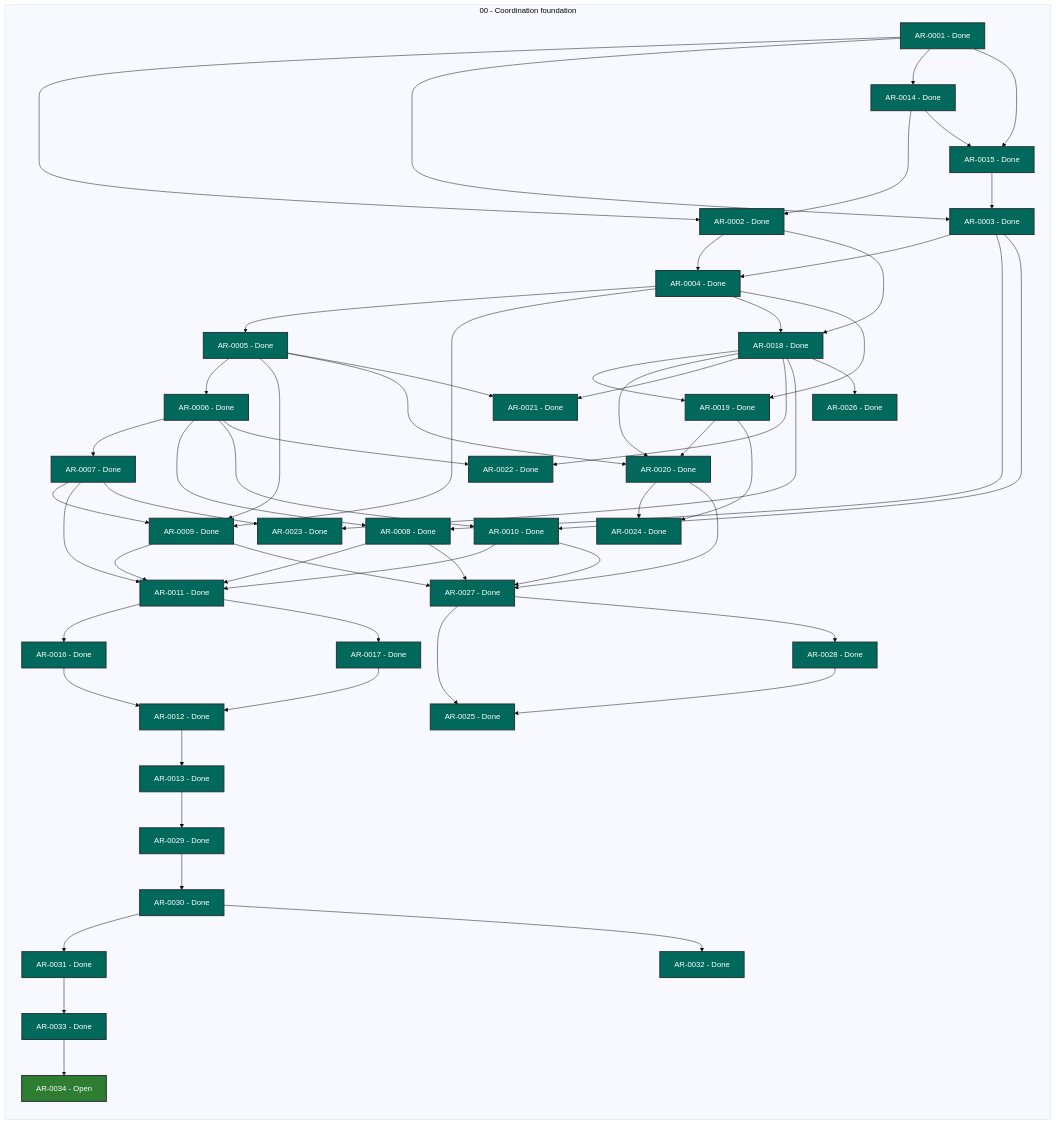
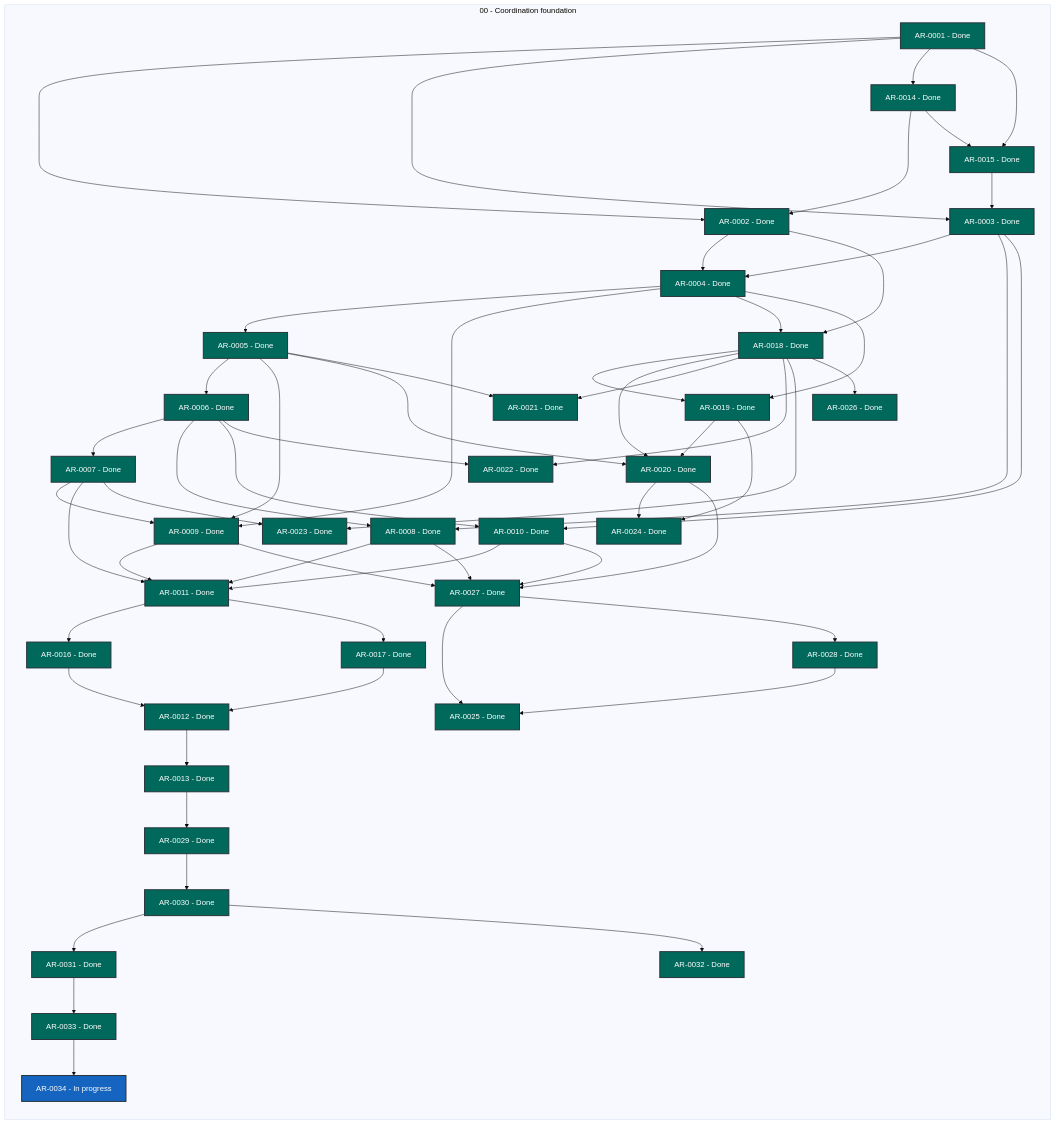
Before and after one commit to martin-beck/agent-workflow-tui-state: the diagram in STATUS.md, drawn with Mermaid (base theme). The commit also changed other lines of this file and 2 other files, not shown here.

```diff
--- a/STATUS.md
+++ b/STATUS.md
@@ -61,7 +61,7 @@
         AR_0031["AR-0031 - Done"]:::status_done
         AR_0032["AR-0032 - Done"]:::status_done
         AR_0033["AR-0033 - Done"]:::status_done
-        AR_0034["AR-0034 - Open"]:::status_open
+        AR_0034["AR-0034 - In progress"]:::status_in_progress
     end
     AR_0001 --> AR_0002
     AR_0001 --> AR_0003
```
